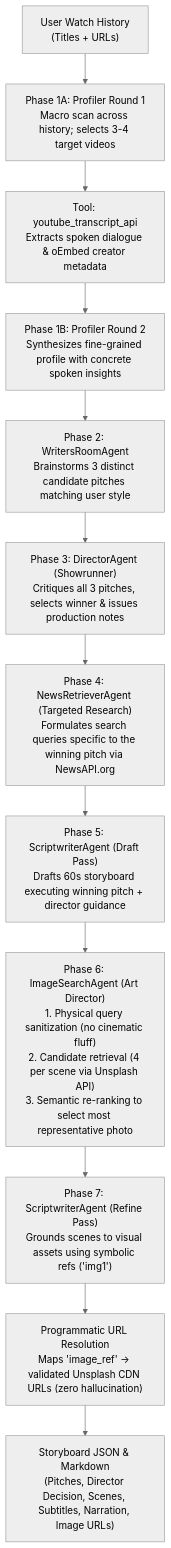
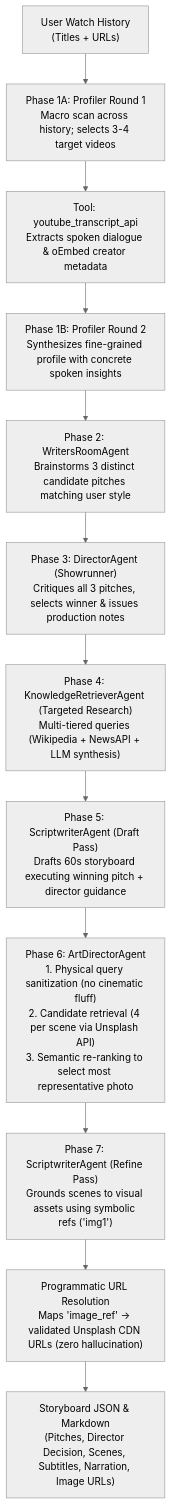
Before and after one commit to CharlesDupouy/nlp-multiagent-storyboarding: the first of 2 diagrams in GEMINI.md, drawn with Mermaid (neutral theme). The commit also changed other lines of this file and 44 other files, not shown here.

````diff
--- a/GEMINI.md
+++ b/GEMINI.md
@@ -137,14 +137,14 @@
 ```mermaid
 flowchart TD
     I["User Watch History\n(Titles + URLs)"] --> P1["Phase 1A: Profiler Round 1\nMacro scan across history; selects 3-4 target videos"]
     P1 --> T1["Tool: youtube_transcript_api\nExtracts spoken dialogue & oEmbed creator metadata"]
     T1 --> P2["Phase 1B: Profiler Round 2\nSynthesizes fine-grained profile with concrete spoken insights"]
     P2 --> WR["Phase 2: WritersRoomAgent\nBrainstorms 3 distinct candidate pitches matching user style"]
     WR --> DIR["Phase 3: DirectorAgent (Showrunner)\nCritiques all 3 pitches, selects winner & issues production notes"]
-    DIR --> N["Phase 4: NewsRetrieverAgent (Targeted Research)\nFormulates search queries specific to the winning pitch via NewsAPI.org"]
+    DIR --> N["Phase 4: KnowledgeRetrieverAgent (Targeted Research)\nMulti-tiered queries (Wikipedia + NewsAPI + LLM synthesis)"]
     N --> S1["Phase 5: ScriptwriterAgent (Draft Pass)\nDrafts 60s storyboard executing winning pitch + director guidance"]
-    S1 --> IMG["Phase 6: ImageSearchAgent (Art Director)\n1. Physical query sanitization (no cinematic fluff)\n2. Candidate retrieval (4 per scene via Unsplash API)\n3. Semantic re-ranking to select most representative photo"]
+    S1 --> IMG["Phase 6: ArtDirectorAgent\n1. Physical query sanitization (no cinematic fluff)\n2. Candidate retrieval (4 per scene via Unsplash API)\n3. Semantic re-ranking to select most representative photo"]
     IMG --> S2["Phase 7: ScriptwriterAgent (Refine Pass)\nGrounds scenes to visual assets using symbolic refs ('img1')"]
     S2 --> RES["Programmatic URL Resolution\nMaps 'image_ref' → validated Unsplash CDN URLs (zero hallucination)"]
     RES --> O["Storyboard JSON & Markdown\n(Pitches, Director Decision, Scenes, Subtitles, Narration, Image URLs)"]
 ```
````
